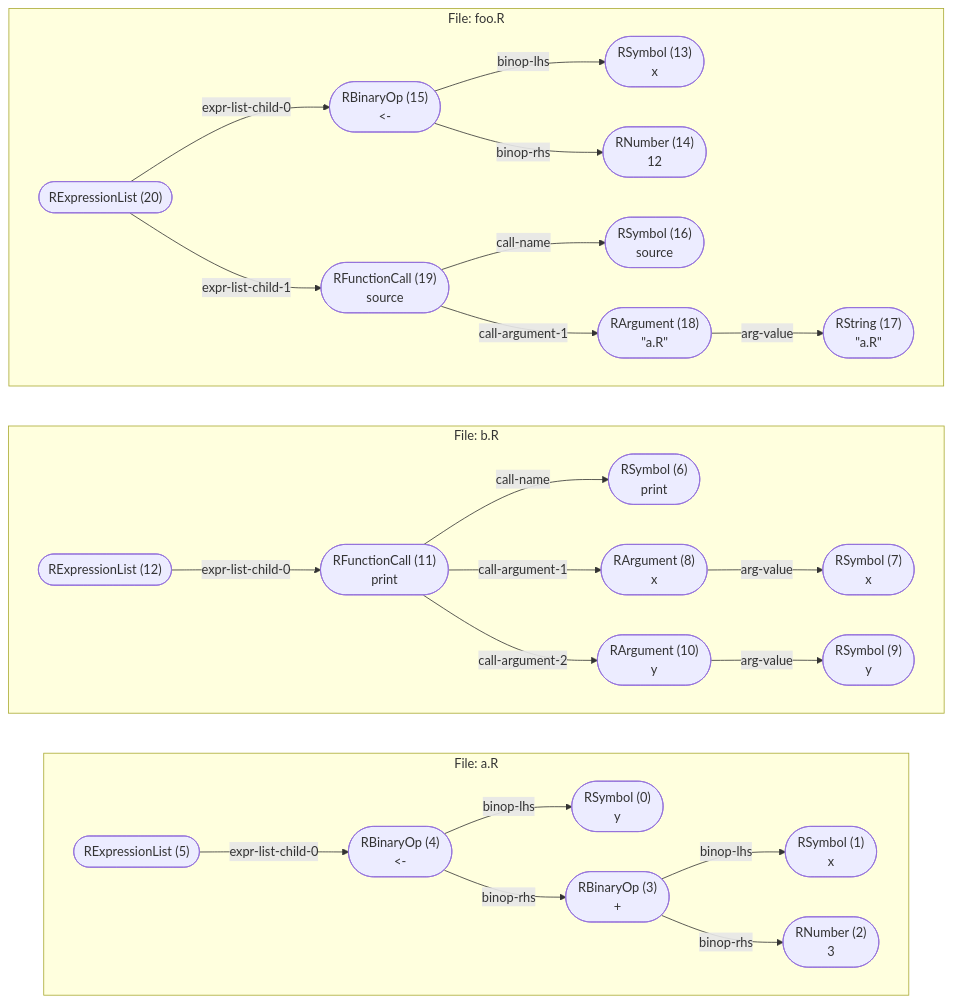
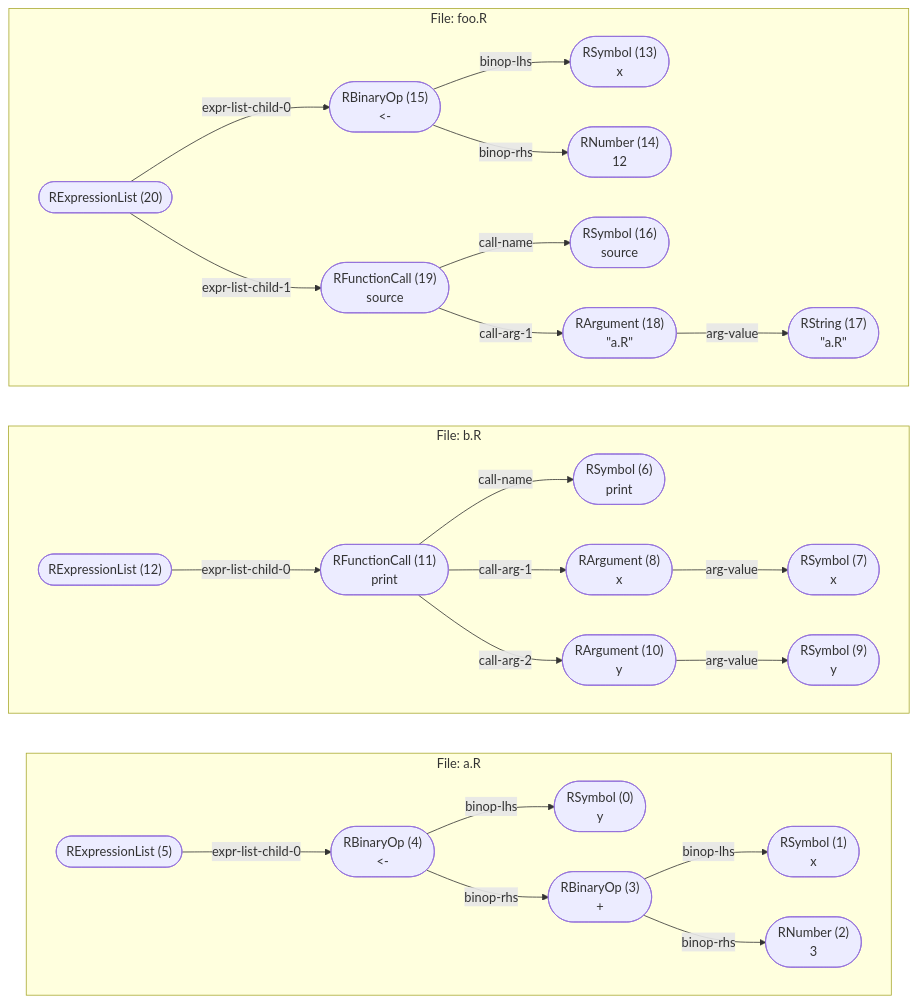
Before and after one commit to flowr-analysis/flowr: the third of 3 diagrams in wiki/Normalized AST.md, drawn with Mermaid. The commit also changed other lines of this file and 3 other files, not shown here.

Commit message:
[skip ci] doc: update generated wiki pages (wiki/Normalized AST.md,wiki/Interface.md,wiki/Dataflow Graph.md,wiki/Core.md)

````diff
--- a/wiki/Normalized AST.md
+++ b/wiki/Normalized AST.md
@@ -2237,73 +2237,73 @@
 ```mermaid
 flowchart LR
     subgraph "File: a.R"
         direction LR
     n5(["RExpressionList (5)
  "])
     n4(["RBinaryOp (4)
 #60;#45;"])
     n5 -->|"expr-list-child-0"| n4
     n0(["RSymbol (0)
 y"])
     n4 -->|"binop-lhs"| n0
     n3(["RBinaryOp (3)
 #43;"])
     n4 -->|"binop-rhs"| n3
     n1(["RSymbol (1)
 x"])
     n3 -->|"binop-lhs"| n1
     n2(["RNumber (2)
 3"])
     n3 -->|"binop-rhs"| n2
     end
     subgraph "File: b.R"
         direction LR
     n12(["RExpressionList (12)
  "])
     n11(["RFunctionCall (11)
 print"])
     n12 -->|"expr-list-child-0"| n11
     n6(["RSymbol (6)
 print"])
     n11 -->|"call-name"| n6
     n8(["RArgument (8)
 x"])
-    n11 -->|"call-argument-1"| n8
+    n11 -->|"call-arg-1"| n8
     n7(["RSymbol (7)
 x"])
     n8 -->|"arg-value"| n7
     n10(["RArgument (10)
 y"])
-    n11 -->|"call-argument-2"| n10
+    n11 -->|"call-arg-2"| n10
     n9(["RSymbol (9)
 y"])
     n10 -->|"arg-value"| n9
     end
     subgraph "File: foo.R"
         direction LR
     n20(["RExpressionList (20)
  "])
     n15(["RBinaryOp (15)
 #60;#45;"])
     n20 -->|"expr-list-child-0"| n15
     n13(["RSymbol (13)
 x"])
     n15 -->|"binop-lhs"| n13
     n14(["RNumber (14)
 12"])
     n15 -->|"binop-rhs"| n14
     n19(["RFunctionCall (19)
 source"])
     n20 -->|"expr-list-child-1"| n19
     n16(["RSymbol (16)
 source"])
     n19 -->|"call-name"| n16
     n18(["RArgument (18)
 #34;a.R#34;"])
-    n19 -->|"call-argument-1"| n18
+    n19 -->|"call-arg-1"| n18
     n17(["RString (17)
 #34;a.R#34;"])
     n18 -->|"arg-value"| n17
     end
 
 ```
````
